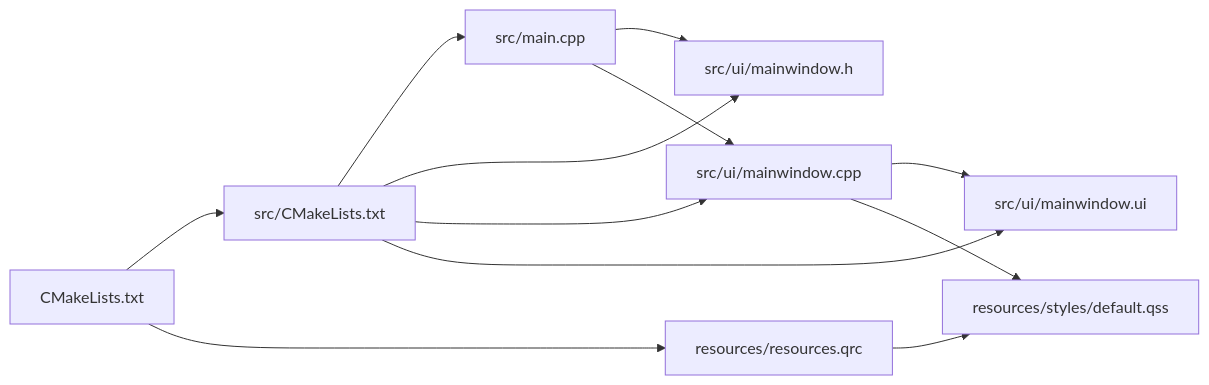
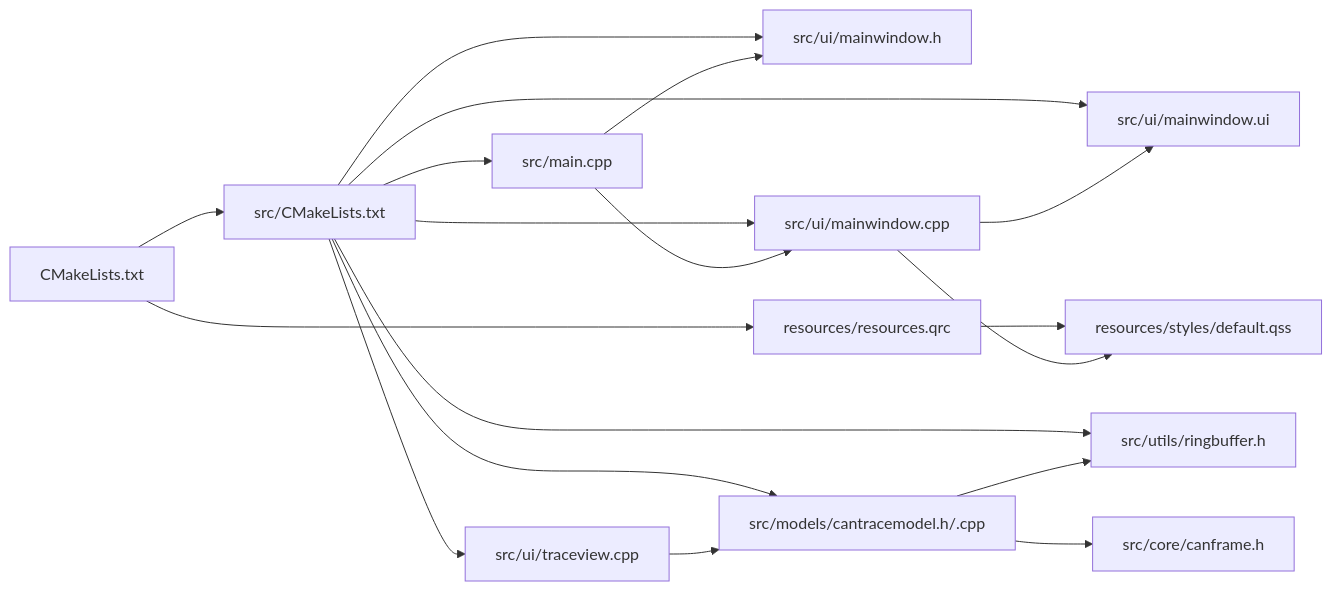
One commit to jakecai1225-design/OpenBus changed the tenth of 10 diagrams in .qoder/repowiki/zh/content/开发指南/性能优化.md. Above: the diagram before and after it, drawn with Mermaid. The commit also changed other lines of this file and 71 other files, not shown here.

Commit message:
graphic trace

````diff
--- a/.qoder/repowiki/zh/content/开发指南/性能优化.md
+++ b/.qoder/repowiki/zh/content/开发指南/性能优化.md
@@ -217,14 +346,20 @@
 ```mermaid
 graph LR
 CMakeTop["CMakeLists.txt"] --> CMakeSrc["src/CMakeLists.txt"]
 CMakeSrc --> MainCpp["src/main.cpp"]
 CMakeSrc --> WinH["src/ui/mainwindow.h"]
 CMakeSrc --> WinCpp["src/ui/mainwindow.cpp"]
 CMakeSrc --> WinUI["src/ui/mainwindow.ui"]
 CMakeTop --> QRC["resources/resources.qrc"]
 QRC --> QSS["resources/styles/default.qss"]
 MainCpp --> WinH
 MainCpp --> WinCpp
 WinCpp --> WinUI
 WinCpp --> QSS
+CMakeSrc --> RingBuffer["src/utils/ringbuffer.h"]
+CMakeSrc --> TraceModel["src/models/cantracemodel.h/.cpp"]
+CMakeSrc --> TraceView["src/ui/traceview.cpp"]
+TraceModel --> CanFrame["src/core/canframe.h"]
+TraceModel --> RingBuffer
+TraceView --> TraceModel
 ```
````
